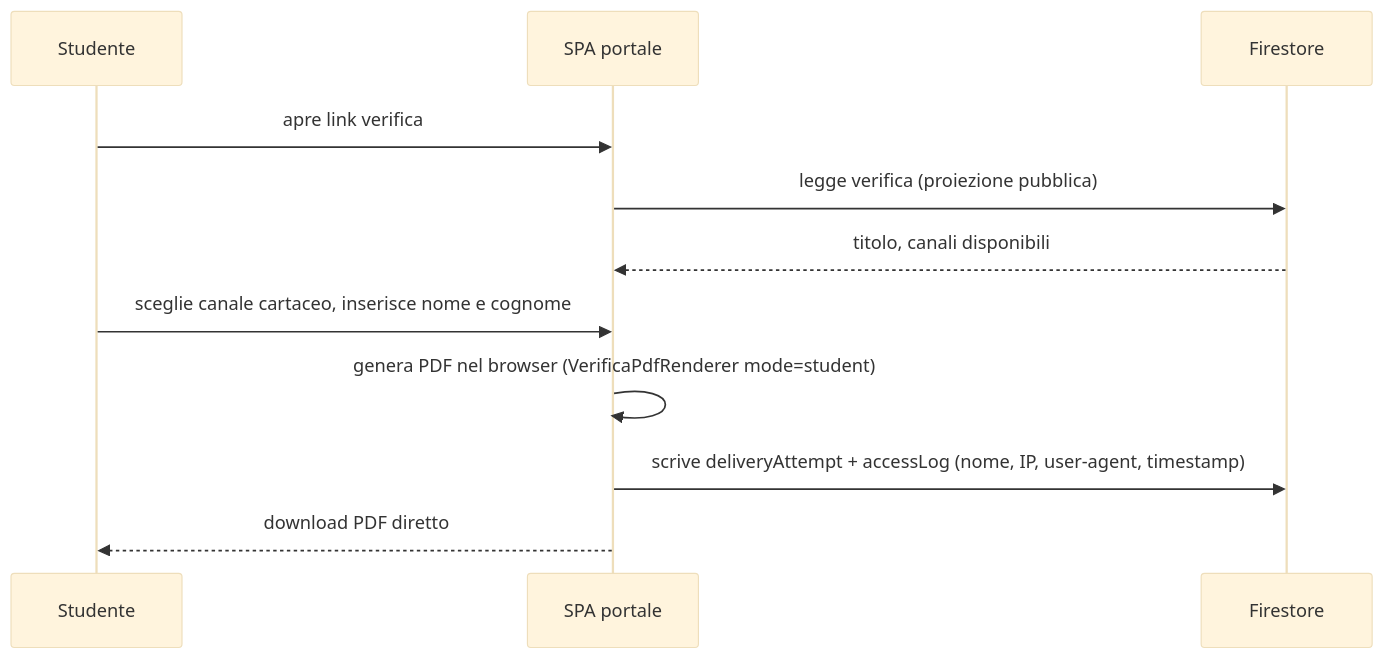
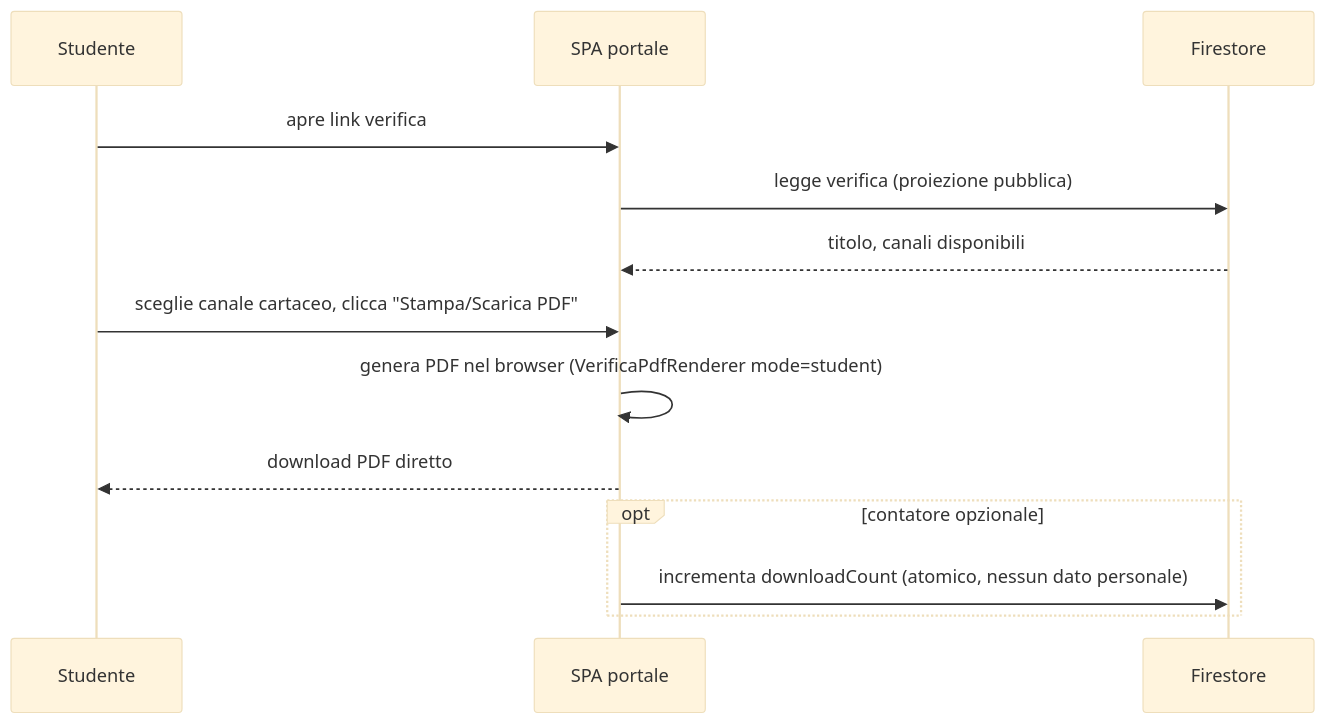
One commit to EnricoPaparo/SchoolForge changed the first of 2 diagrams in documentazione/diagrammi/sequence-pubblicazione-verifica.md. Above: the diagram before and after it, drawn with Mermaid (base theme). The commit also changed other lines of this file and 10 other files, not shown here.

````diff
--- a/documentazione/diagrammi/sequence-pubblicazione-verifica.md
+++ b/documentazione/diagrammi/sequence-pubblicazione-verifica.md
@@ -5,15 +5,17 @@
 ```mermaid
 sequenceDiagram
     participant S as Studente
     participant SPA as SPA portale
     participant F as Firestore
 
     S->>SPA: apre link verifica
     SPA->>F: legge verifica (proiezione pubblica)
     F-->>SPA: titolo, canali disponibili
 
-    S->>SPA: sceglie canale cartaceo, inserisce nome e cognome
+    S->>SPA: sceglie canale cartaceo, clicca "Stampa/Scarica PDF"
     SPA->>SPA: genera PDF nel browser (VerificaPdfRenderer mode=student)
-    SPA->>F: scrive deliveryAttempt + accessLog (nome, IP, user-agent, timestamp)
     SPA-->>S: download PDF diretto
+    opt contatore opzionale
+        SPA->>F: incrementa downloadCount (atomico, nessun dato personale)
+    end
 ```
````
